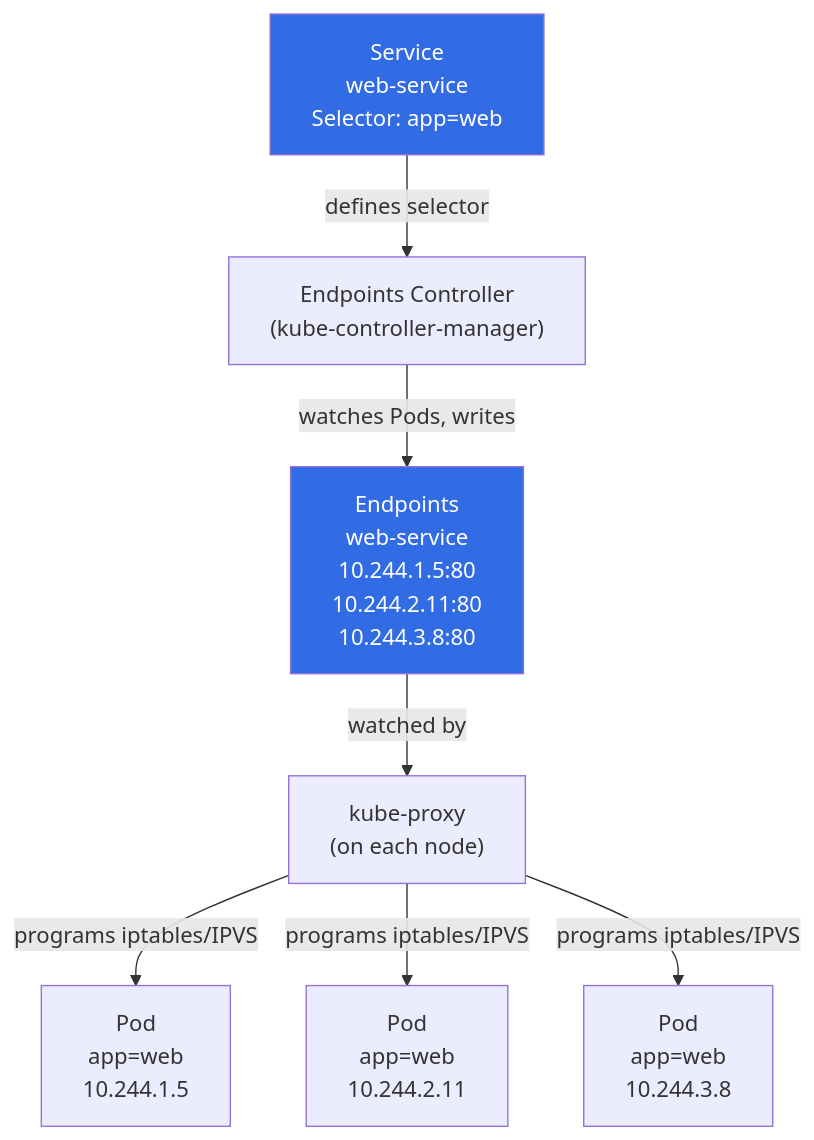
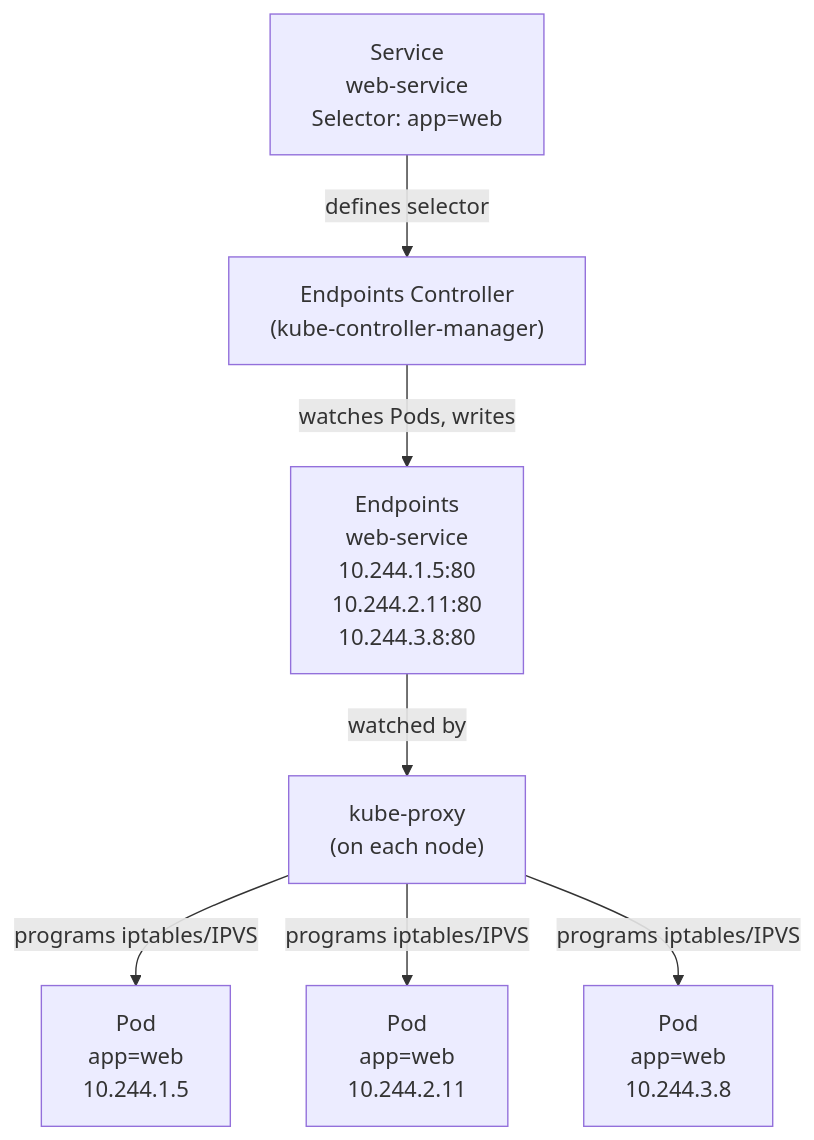
One commit to Antoine-Flo/kube-mastery changed the diagram in src/courses/modules/services/02-service-and-endpoints/en/content.md. Above: the diagram before and after it, drawn with Mermaid. The commit also changed 21 other files, not shown here.

Commit message:
remove diagram styles

````diff
--- a/src/courses/modules/services/02-service-and-endpoints/en/content.md
+++ b/src/courses/modules/services/02-service-and-endpoints/en/content.md
@@ -25,20 +25,17 @@
 ```mermaid
 graph TB
     SVC["Service\nweb-service\nSelector: app=web"]
     EP["Endpoints\nweb-service\n10.244.1.5:80\n10.244.2.11:80\n10.244.3.8:80"]
     EC["Endpoints Controller\n(kube-controller-manager)"]
     KP["kube-proxy\n(on each node)"]
     P1["Pod\napp=web\n10.244.1.5"]
     P2["Pod\napp=web\n10.244.2.11"]
     P3["Pod\napp=web\n10.244.3.8"]
 
     SVC -->|"defines selector"| EC
     EC -->|"watches Pods, writes"| EP
     EP -->|"watched by"| KP
     KP -->|"programs iptables/IPVS"| P1
     KP -->|"programs iptables/IPVS"| P2
     KP -->|"programs iptables/IPVS"| P3
-
-    style SVC fill:#326ce5,color:#fff
-    style EP fill:#326ce5,color:#fff
 ```
````
